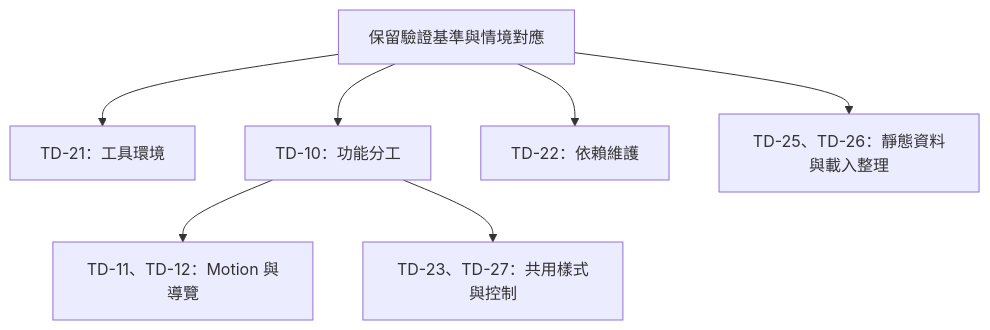
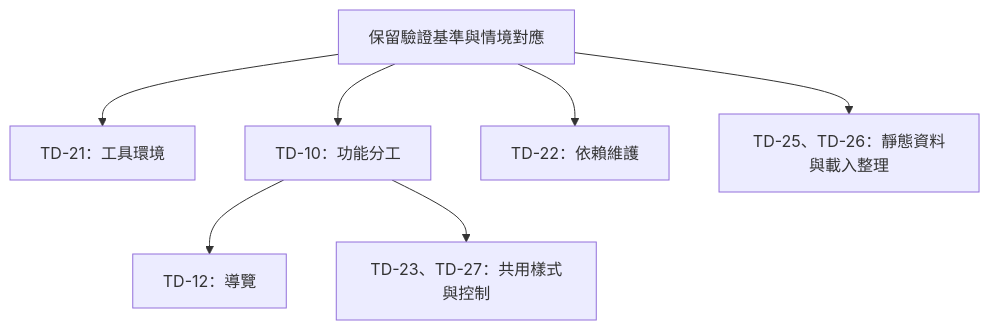
Before and after one commit to bingyangchen/bingyangchen.github.io: the third of 3 diagrams in docs/plans/0001-codebase-technical-debt.md, drawn with Mermaid. The commit also changed other lines of this file and 12 other files, not shown here.

````diff
--- a/docs/plans/0001-codebase-technical-debt.md
+++ b/docs/plans/0001-codebase-technical-debt.md
@@ -216,10 +204,10 @@
 ```mermaid
 flowchart TD
   baseline[保留驗證基準與情境對應]
   baseline --> tooling[TD-21：工具環境]
   baseline --> content[TD-10：功能分工]
   baseline --> maintenance[TD-22：依賴維護]
-  content --> logic[TD-11、TD-12：Motion 與導覽]
+  content --> logic[TD-12：導覽]
   content --> styles[TD-23、TD-27：共用樣式與控制]
   baseline --> optional[TD-25、TD-26：靜態資料與載入整理]
 ```
````
